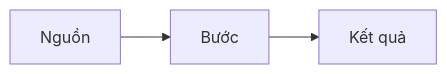
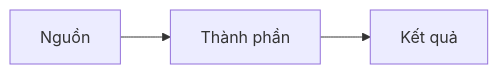
The diagram in templates/doc-template.md (thidinh-xbrain2/techx-devops-docs), drawn with Mermaid before and after one commit. The commit also changed other lines of this file and 2 other files, not shown here.

````diff
--- a/templates/doc-template.md
+++ b/templates/doc-template.md
@@ -11,4 +11,4 @@
 ```mermaid
 flowchart LR
-  A[Nguồn] --> B[Bước] --> C[Kết quả]
+  A[Nguồn] --> B[Thành phần] --> C[Kết quả]
 ```
````
